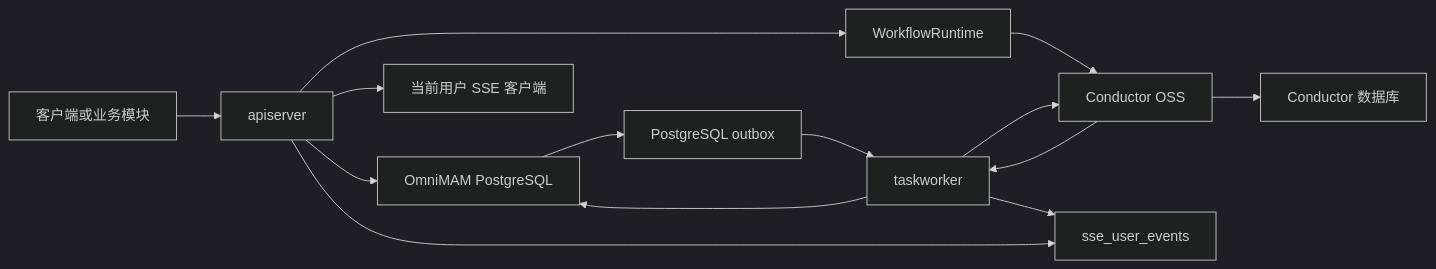
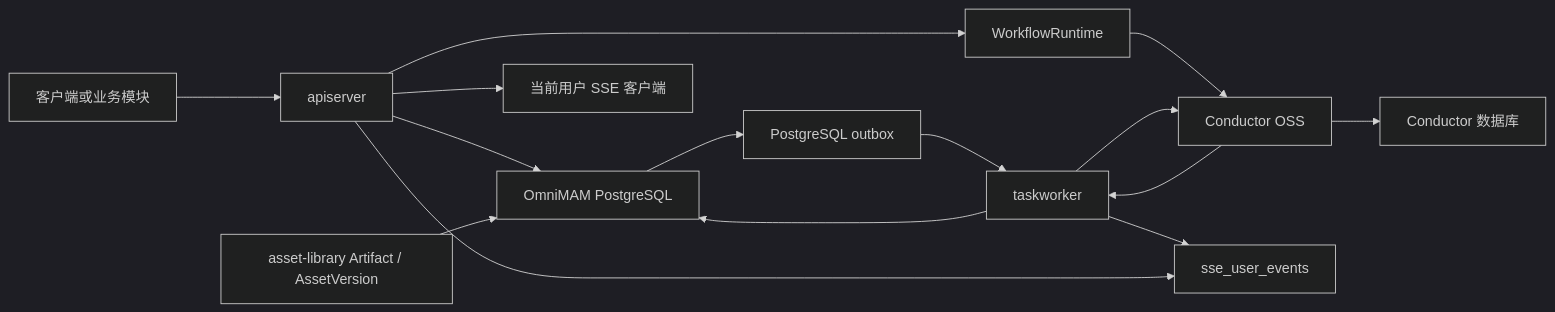
The first of 4 diagrams in docs/guide/zh-CN/architecture/taskworker-apiserver-collaboration.md (wangweihong/omnimam-server), drawn with Mermaid (dark theme) before and after one commit. The commit also changed other lines of this file and 17 other files, not shown here.

````diff
--- a/docs/guide/zh-CN/architecture/taskworker-apiserver-collaboration.md
+++ b/docs/guide/zh-CN/architecture/taskworker-apiserver-collaboration.md
@@ -9,16 +9,17 @@
 ```mermaid
 flowchart LR
   Client["客户端或业务模块"] --> API["apiserver"]
   API --> BusinessDB["OmniMAM PostgreSQL"]
   API --> Runtime["WorkflowRuntime"]
   Runtime --> Conductor["Conductor OSS"]
   Conductor --> ConductorDB["Conductor 数据库"]
   Conductor --> Worker["taskworker"]
   Worker --> BusinessDB
   Worker --> Conductor
+  AssetFacts["asset-library Artifact / AssetVersion"] --> BusinessDB
   BusinessDB --> Outbox["PostgreSQL outbox"]
   Outbox --> Worker
   Worker --> UserEvents["sse_user_events"]
   API --> UserEvents
   API --> SSEClient["当前用户 SSE 客户端"]
 ```
````
